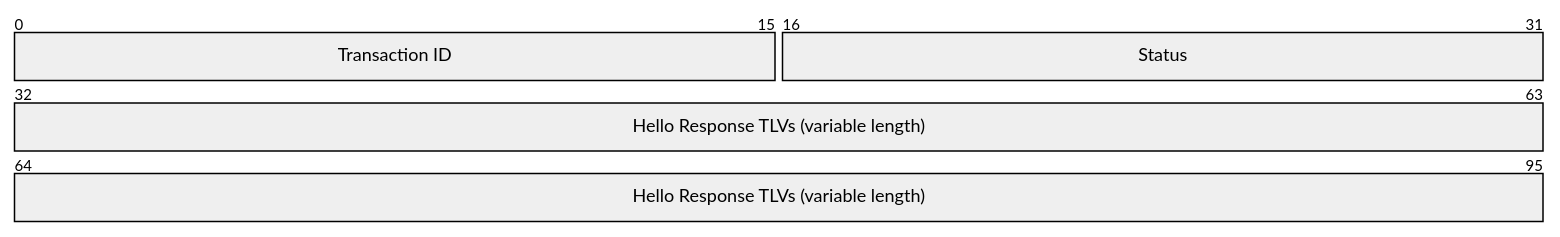
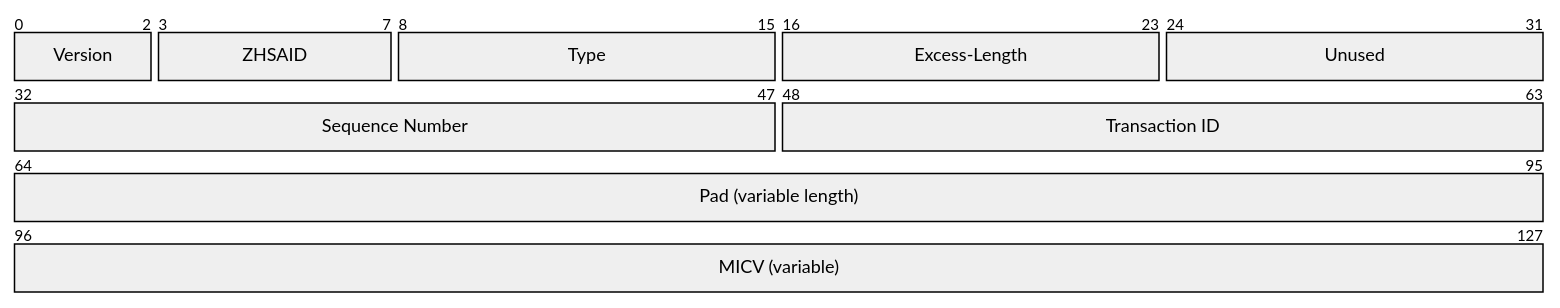
Diagram 14 of 43 in src/17-ZPR-Data-Protocol/body.md (org-zpr/zpr-rfcs), drawn with Mermaid before and after one commit. The commit also changed other lines of this file, not shown here.

````diff
--- a/src/17-ZPR-Data-Protocol/body.md
+++ b/src/17-ZPR-Data-Protocol/body.md
@@ -2713,7 +2714,13 @@
 ``` mermaid
-%%| fig-cap: Hello Response Format
+%%| fig-cap: Hello Request Message Data
 packet
++3: "Version"
++5: "ZHSAID"
++8: "Type"
++8: "Excess-Length"
++8: "Unused"
++16: "Sequence Number"
 +16: "Transaction ID"
-+16: "Status"
-+64: "Hello Response TLVs (variable length)"
++32: "Pad (variable length)"
++32: "MICV (variable)"
 ```
````
